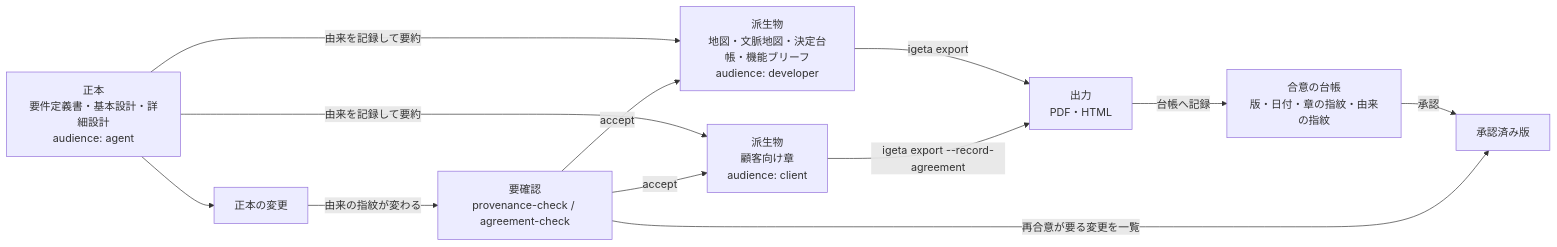
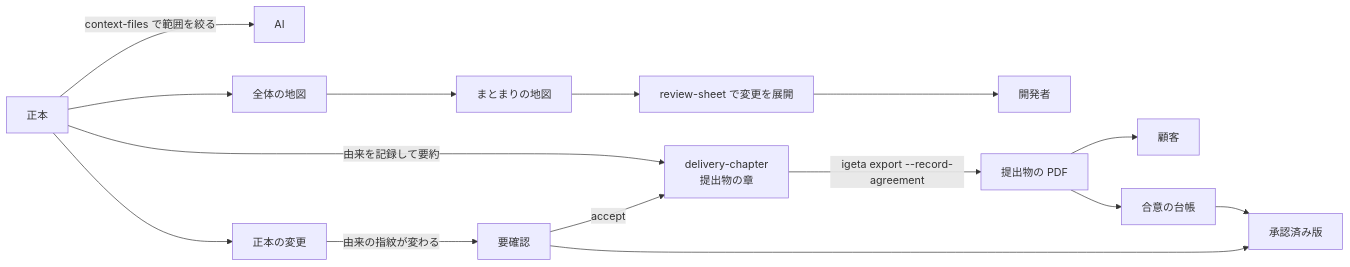
Before and after one commit to SakakitaniJunya/Igeta: the diagram in docs/explanation/03-audience-layers.md, drawn with Mermaid. The commit also changed other lines of this file and 6 other files, not shown here.

````diff
--- a/docs/explanation/03-audience-layers.md
+++ b/docs/explanation/03-audience-layers.md
@@ -71,14 +84,17 @@
 ```mermaid
 flowchart LR
-  M[正本<br/>要件定義書・基本設計・詳細設計<br/>audience: agent] -->|由来を記録して要約| D[派生物<br/>地図・文脈地図・決定台帳・機能ブリーフ<br/>audience: developer]
-  M -->|由来を記録して要約| C[派生物<br/>顧客向け章<br/>audience: client]
-  D -->|igeta export| O[出力<br/>PDF・HTML]
-  C -->|igeta export --record-agreement| O
-  O -->|台帳へ記録| L[合意の台帳<br/>版・日付・章の指紋・由来の指紋]
-  L -->|承認| A[承認済み版]
+  M[正本] -->|context-files で範囲を絞る| AI[AI]
+  M --> Map0[全体の地図]
+  Map0 --> Map1[まとまりの地図]
+  Map1 --> RS[review-sheet で変更を展開]
+  RS --> Dev[開発者]
+  M -->|由来を記録して要約| Ch[delivery-chapter<br/>提出物の章]
+  Ch -->|igeta export --record-agreement| PDF[提出物の PDF]
+  PDF --> Cli[顧客]
+  PDF --> L[合意の台帳]
+  L --> Appr[承認済み版]
   M --> M2[正本の変更]
-  M2 -->|由来の指紋が変わる| Q[要確認<br/>provenance-check / agreement-check]
-  Q -->|accept| D
-  Q -->|accept| C
-  Q -->|再合意が要る変更を一覧| A
+  M2 -->|由来の指紋が変わる| Q[要確認]
+  Q -->|accept| Ch
+  Q --> Appr
 ```
````
